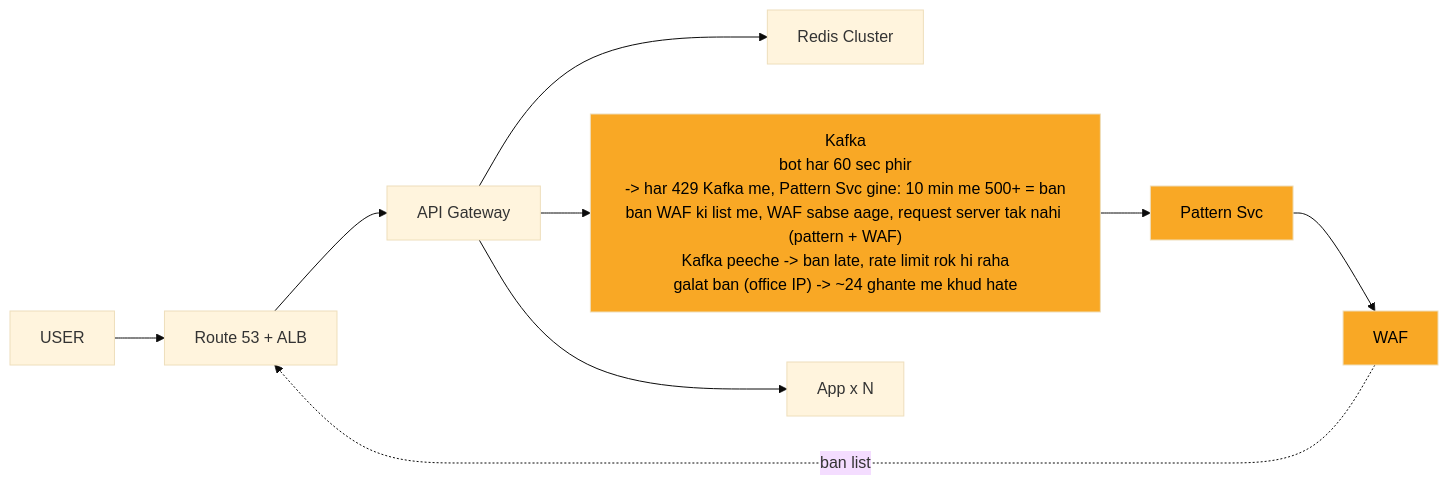
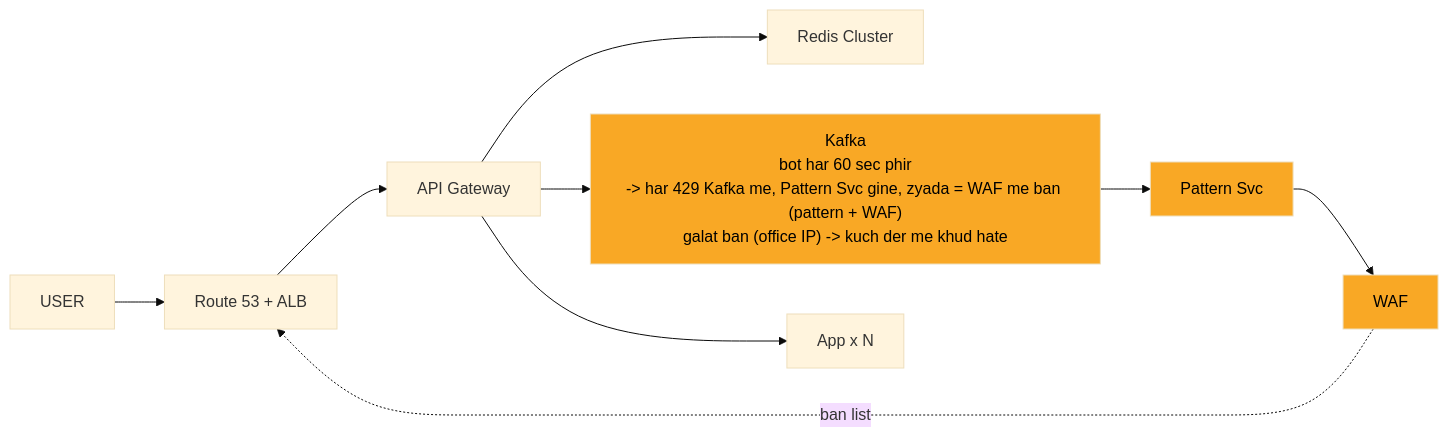
One commit to ArpanMaheshwari144/Prep changed the diagram in 04_HLD/SYSTEM_DESIGNS/02_rate_limiter/img/c6.mmd. Above: the diagram before and after it, drawn with Mermaid (base theme). The commit also changed 64 other files, not shown here.

Commit message:
url + rate limiter: peele dabbe chhote; rate limiter SHURU me token bucket ki tasveer; kafka card 6 shabd (ISR wali copy)

```diff
--- a/04_HLD/SYSTEM_DESIGNS/02_rate_limiter/img/c6.mmd
+++ b/04_HLD/SYSTEM_DESIGNS/02_rate_limiter/img/c6.mmd
@@ -1,21 +1,21 @@
 %%{init: {"flowchart": {"wrappingWidth": 450}}}%%
 flowchart LR
     n_USER["USER"]
     n_EDGE["Route 53 + ALB"]
     n_API_Gateway["API Gateway"]
     n_Redis_Cluster["Redis Cluster"]
-    n_Kafka["Kafka<br/>bot har 60 sec phir<br/>-> har 429 Kafka me, Pattern Svc gine: 10 min me 500+ = ban<br/>ban WAF ki list me, WAF sabse aage, request server tak nahi (pattern + WAF)<br/>Kafka peeche -> ban late, rate limit rok hi raha<br/>galat ban (office IP) -> ~24 ghante me khud hate"]
+    n_Kafka["Kafka<br/>bot har 60 sec phir<br/>-> har 429 Kafka me, Pattern Svc gine, zyada = WAF me ban (pattern + WAF)<br/>galat ban (office IP) -> kuch der me khud hate"]
     n_Pattern_Svc["Pattern Svc"]
     n_WAF["WAF"]
     n_App_xN["App x N"]
     n_EDGE --> n_API_Gateway
     n_API_Gateway --> n_Redis_Cluster
     n_API_Gateway --> n_App_xN
     n_Kafka --> n_Pattern_Svc
     n_Pattern_Svc --> n_WAF
     n_API_Gateway --> n_Kafka
     n_USER --> n_EDGE
     n_WAF -.->|ban list| n_EDGE
     style n_Kafka fill:#f9a825,color:#000
     style n_Pattern_Svc fill:#f9a825,color:#000
     style n_WAF fill:#f9a825,color:#000
```
